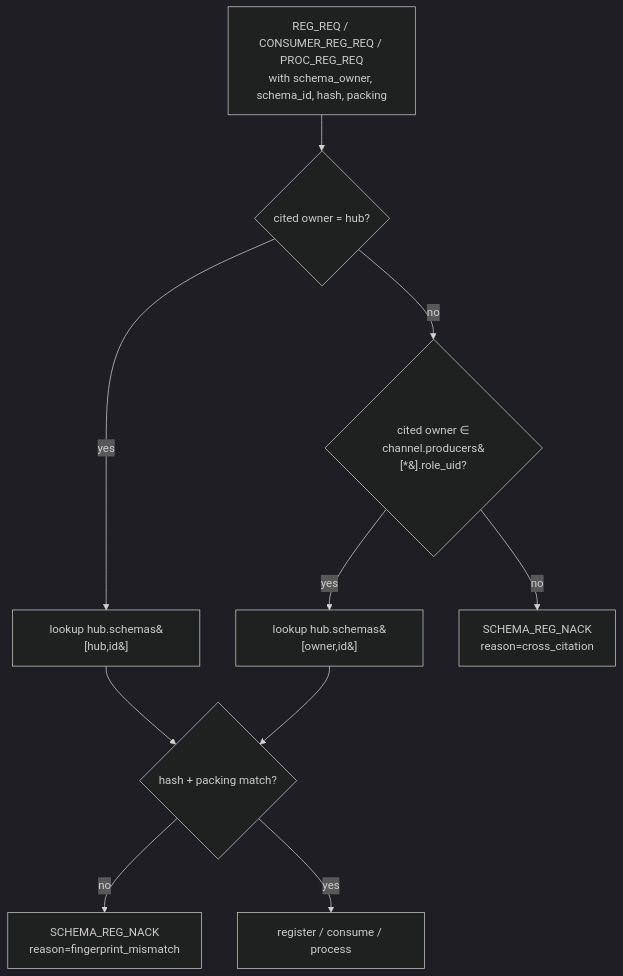
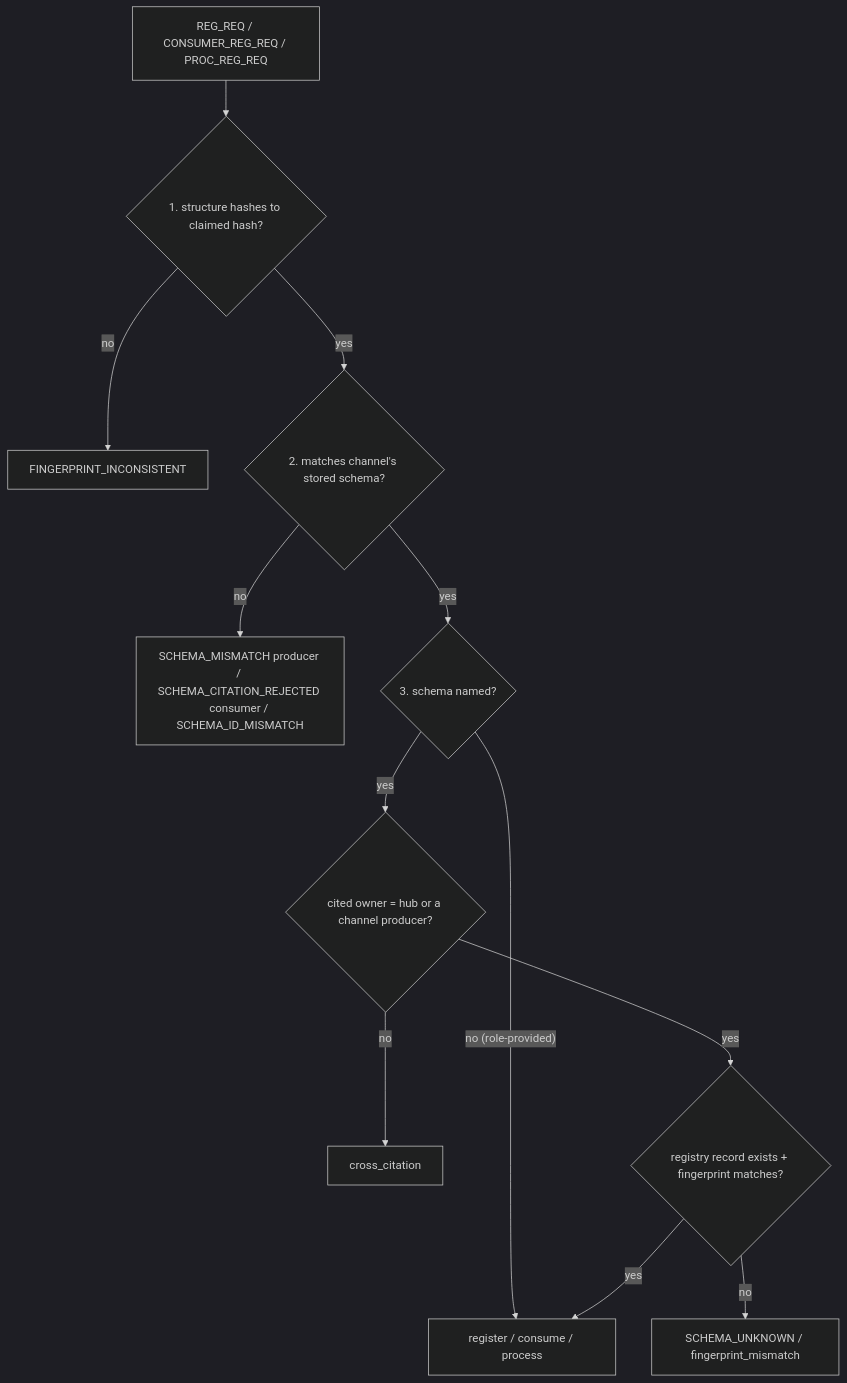
Before and after one commit to Qing-LAB/pylabhub: the fourth of 4 diagrams in docs/HEP/HEP-CORE-0034-Schema-Registry.md, drawn with Mermaid (dark theme). The commit also changed other lines of this file and 8 other files, not shown here.

````diff
--- a/docs/HEP/HEP-CORE-0034-Schema-Registry.md
+++ b/docs/HEP/HEP-CORE-0034-Schema-Registry.md
@@ -619,13 +656,15 @@
 ```mermaid
 flowchart TB
-    REG[REG_REQ / CONSUMER_REG_REQ / PROC_REG_REQ\nwith schema_owner, schema_id, hash, packing]
-    REG --> Q1{cited owner = hub?}
-    Q1 -- yes --> Lookup1[lookup hub.schemas&#91;hub,id&#93;]
-    Q1 -- no --> Q2{cited owner ∈\nchannel.producers&#91;*&#93;.role_uid?}
-    Q2 -- yes --> Lookup2[lookup hub.schemas&#91;owner,id&#93;]
-    Q2 -- no --> Reject[SCHEMA_REG_NACK\nreason=cross_citation]
-    Lookup1 --> Q3{hash + packing match?}
-    Lookup2 --> Q3
-    Q3 -- no  --> Reject2[SCHEMA_REG_NACK\nreason=fingerprint_mismatch]
-    Q3 -- yes --> Accept[register / consume / process]
+    REG[REG_REQ / CONSUMER_REG_REQ / PROC_REG_REQ]
+    REG --> A{"1. structure hashes to claimed hash?"}
+    A -- no --> RejFP[FINGERPRINT_INCONSISTENT]
+    A -- yes --> B{"2. matches channel's stored schema?"}
+    B -- no --> RejCh[SCHEMA_MISMATCH producer / SCHEMA_CITATION_REJECTED consumer / SCHEMA_ID_MISMATCH]
+    B -- yes --> C{"3. schema named?"}
+    C -- "no (role-provided)" --> Accept[register / consume / process]
+    C -- yes --> D{"cited owner = hub or a channel producer?"}
+    D -- no --> RejX[cross_citation]
+    D -- yes --> E{"registry record exists + fingerprint matches?"}
+    E -- no --> RejUnk[SCHEMA_UNKNOWN / fingerprint_mismatch]
+    E -- yes --> Accept
 ```
````
